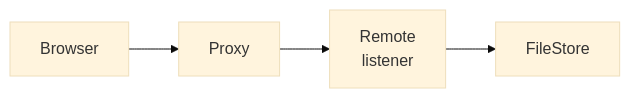
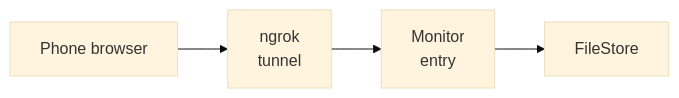
The third of 3 diagrams in docs/dev/concepts/overview.md (FooQoo/agent-board), drawn with Mermaid (base theme) before and after one commit. The commit also changed other lines of this file and 63 other files, not shown here.

First line of the commit message:
Remove the legacy remote listener and its documentation

````diff
--- a/docs/dev/concepts/overview.md
+++ b/docs/dev/concepts/overview.md
@@ -38,6 +38,6 @@
 ```mermaid
 flowchart LR
-    Browser["Browser"] --> Proxy["Proxy"]
-    Proxy --> Remote["Remote<br/>listener"]
-    Remote --> Shared["FileStore"]
+    Browser["Phone browser"] --> Tunnel["ngrok<br/>tunnel"]
+    Tunnel --> Entry["Monitor<br/>entry"]
+    Entry --> Shared["FileStore"]
 ```
````
